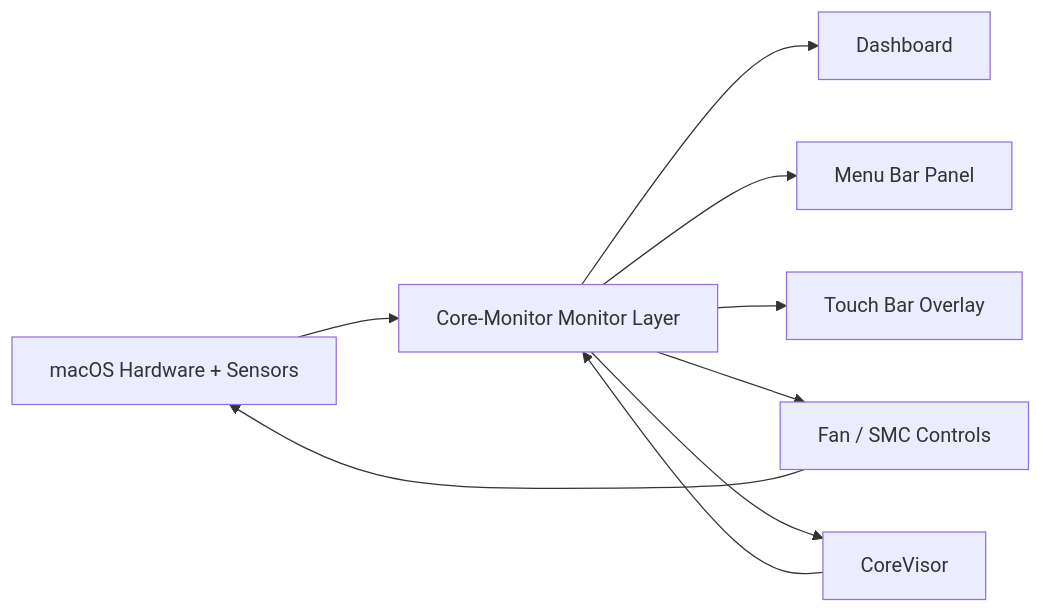
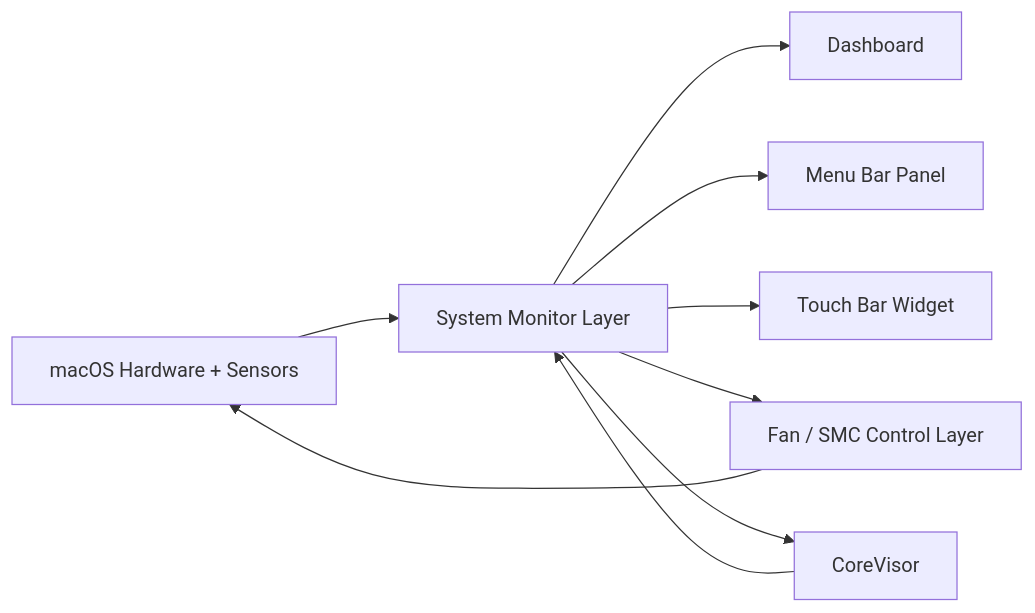
Before and after one commit to offyotto/Core-Monitor: the first of 3 diagrams in README.md, drawn with Mermaid. The commit also changed other lines of this file, not shown here.

````diff
--- a/README.md
+++ b/README.md
@@ -131,11 +111,11 @@
 ```mermaid
 flowchart LR
-    A["macOS Hardware + Sensors"] --> B["Core-Monitor Monitor Layer"]
+    A["macOS Hardware + Sensors"] --> B["System Monitor Layer"]
     B --> C["Dashboard"]
     B --> D["Menu Bar Panel"]
-    B --> E["Touch Bar Overlay"]
-    B --> F["Fan / SMC Controls"]
+    B --> E["Touch Bar Widget"]
+    B --> F["Fan / SMC Control Layer"]
     B --> G["CoreVisor"]
     F --> A
     G --> B
 ```
````
